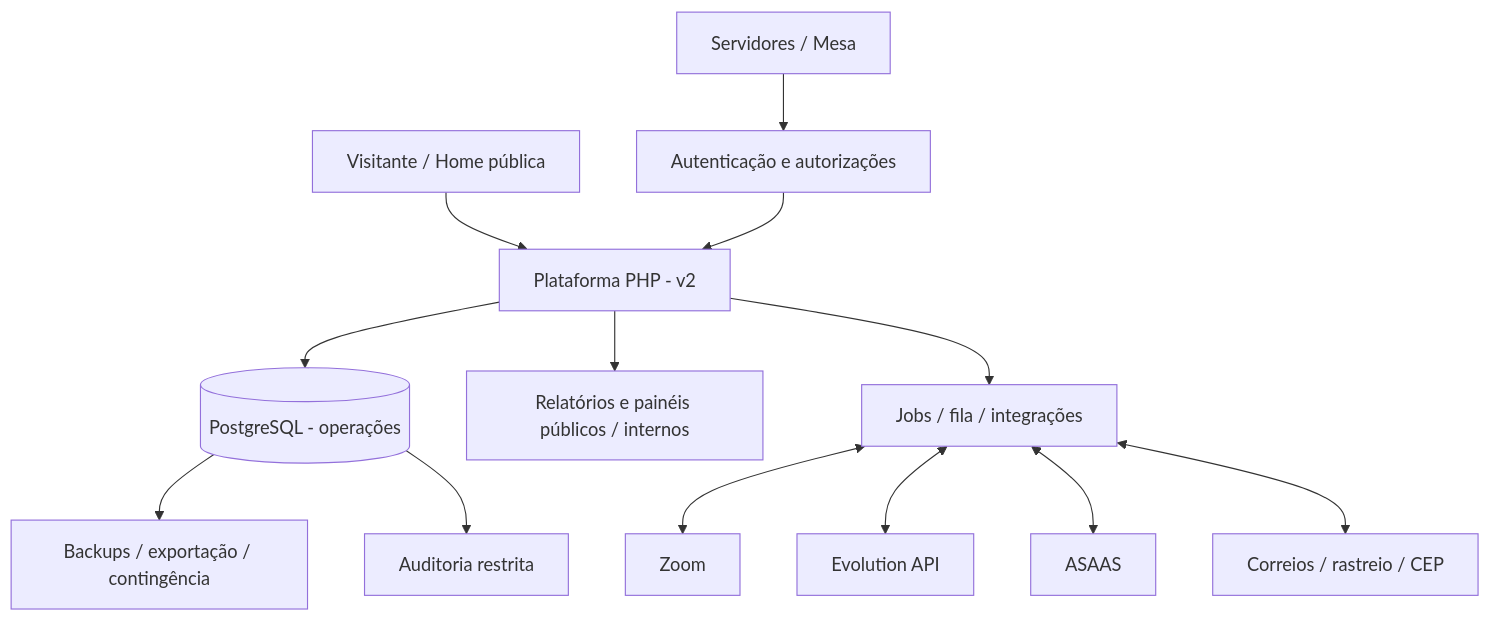
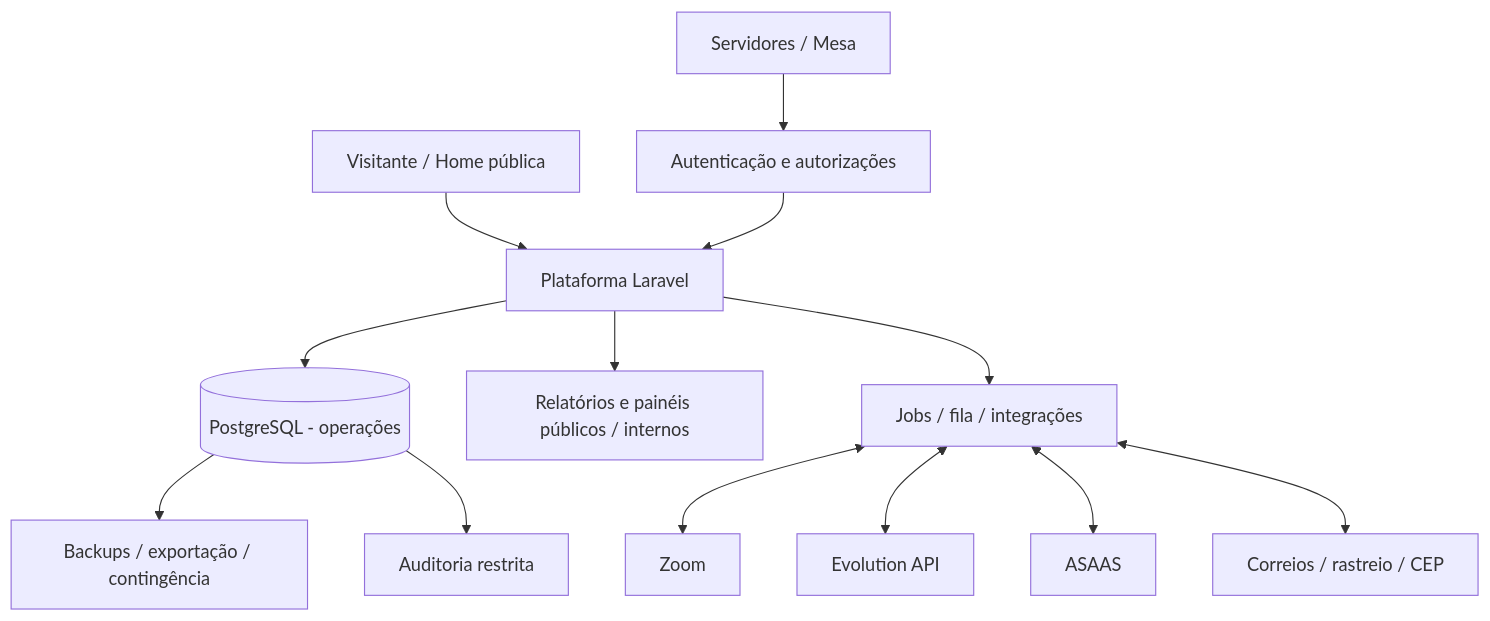
One commit to grupoquarentena/site changed the third of 6 diagrams in QuarenteNA.md. Above: the diagram before and after it, drawn with Mermaid. The commit also changed other lines of this file and 4 other files, not shown here.

````diff
--- a/QuarenteNA.md
+++ b/QuarenteNA.md
@@ -109,15 +109,15 @@
 ```mermaid
 flowchart TB
-  PUBLIC[Visitante / Home pública] --> CORE[Plataforma PHP - v2]
+  PUBLIC[Visitante / Home pública] --> CORE[Plataforma Laravel]
   STAFF[Servidores / Mesa] --> AUTH[Autenticação e autorizações]
   AUTH --> CORE
   CORE --> DB[(PostgreSQL - operações)]
   CORE --> DASH[Relatórios e painéis públicos / internos]
   CORE --> Q[Jobs / fila / integrações]
   Q <--> Z[Zoom]
   Q <--> E[Evolution API]
   Q <--> A[ASAAS]
   Q <--> K[Correios / rastreio / CEP]
   DB --> EXPORT[Backups / exportação / contingência]
   DB --> AUD[Auditoria restrita]
 ```
````
